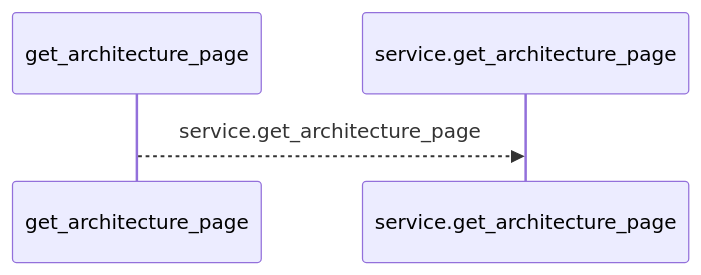
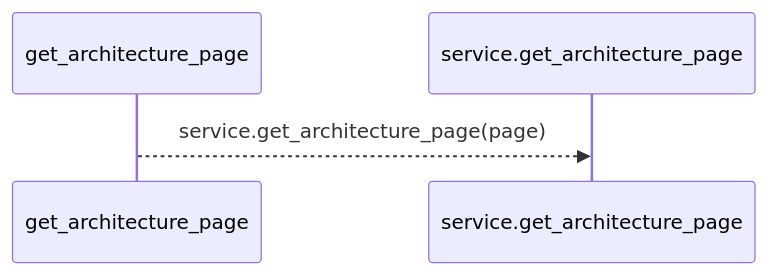
The first of 2 diagrams in docs/llm_wiki/flows/mcp-get_architecture_page.md (Denissvgn/python-wiki-llm), drawn with Mermaid before and after one commit. The commit also changed other lines of this file and 1410 other files, not shown here.

````diff
--- a/docs/llm_wiki/flows/mcp-get_architecture_page.md
+++ b/docs/llm_wiki/flows/mcp-get_architecture_page.md
@@ -10,6 +12,6 @@
 ```mermaid
 sequenceDiagram
     participant p0 as get_architecture_page
     participant p1 as service.get_architecture_page
-    p0-->>p1: service.get_architecture_page
+    p0-->>p1: service.get_architecture_page(page)
 ```
````
